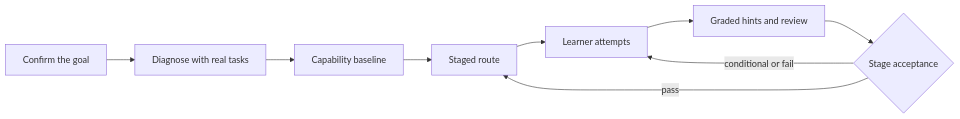
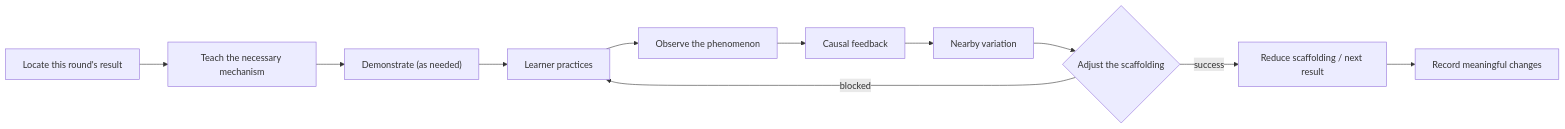
One commit to Kirisame1969/dsh-project-based-learning changed the diagram in README.en.md. Above: the diagram before and after it, drawn with Mermaid. The commit also changed other lines of this file and 54 other files, not shown here.

````diff
--- a/README.en.md
+++ b/README.en.md
@@ -149,7 +129,9 @@
 ```mermaid
 flowchart LR
-    A["Confirm the goal"] --> B["Diagnose with real tasks"] --> C["Capability baseline"] --> D["Staged route"]
-    D --> E["Learner attempts"] --> F["Graded hints and review"] --> G{"Stage acceptance"}
-    G -->|pass| D
-    G -->|conditional or fail| E
+    A["Locate this round's result"] --> B["Teach the necessary mechanism"] --> C["Demonstrate (as needed)"]
+    C --> D["Learner practices"] --> E["Observe the phenomenon"] --> F["Causal feedback"]
+    F --> G["Nearby variation"] --> H{"Adjust the scaffolding"}
+    H -->|success| I["Reduce scaffolding / next result"]
+    H -->|blocked| D
+    I --> J["Record meaningful changes"]
 ```
````
